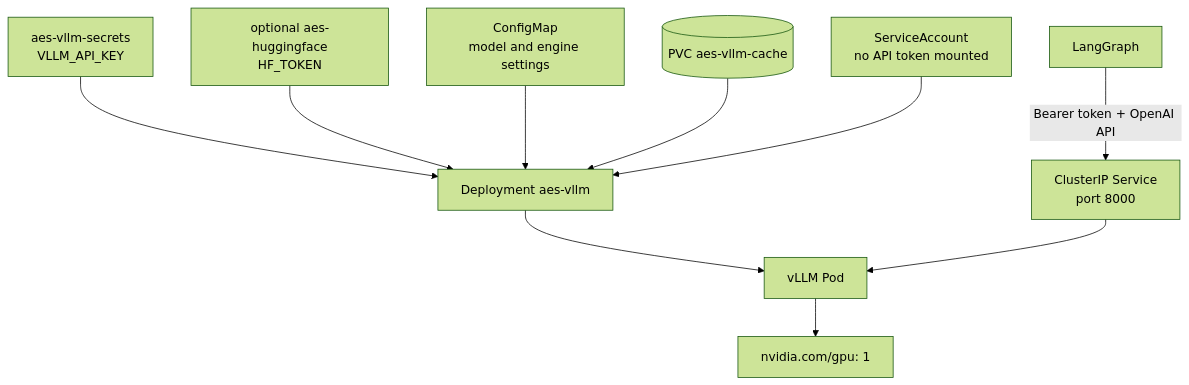
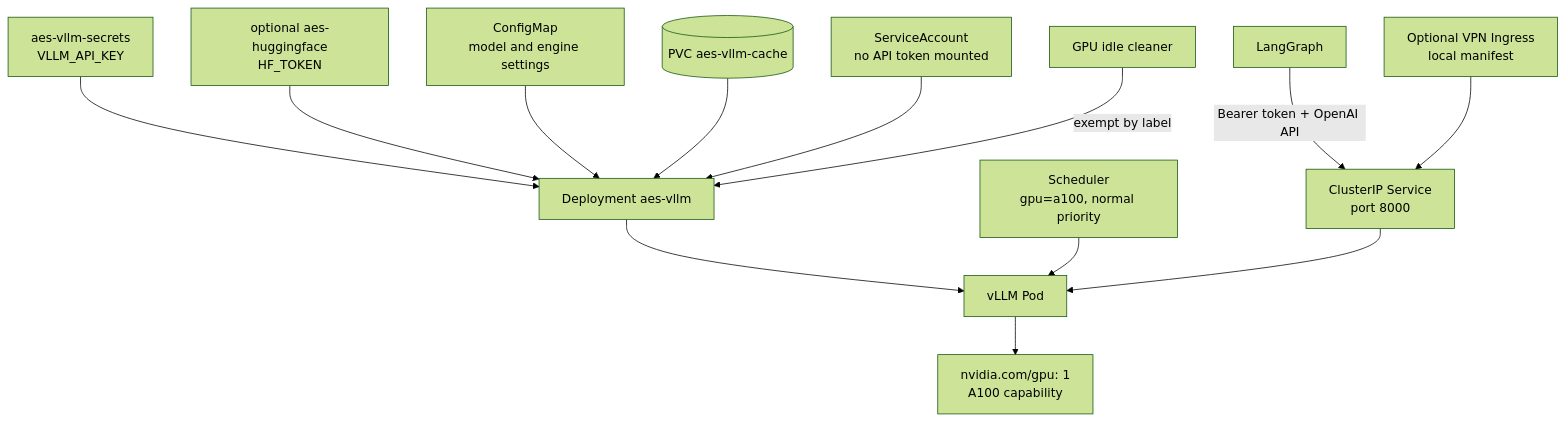
One commit to RadmirG/AES changed the second of 6 diagrams in vllm/architecture.md. Above: the diagram before and after it, drawn with Mermaid (forest theme). The commit also changed other lines of this file and 7 other files, not shown here.

````diff
--- a/vllm/architecture.md
+++ b/vllm/architecture.md
@@ -35,12 +36,15 @@
 ```mermaid
 flowchart TD
     secret["aes-vllm-secrets<br/>VLLM_API_KEY"] --> deployment["Deployment aes-vllm"]
     hfsecret["optional aes-huggingface<br/>HF_TOKEN"] --> deployment
     config["ConfigMap<br/>model and engine settings"] --> deployment
     pvc[("PVC aes-vllm-cache")] --> deployment
     account["ServiceAccount<br/>no API token mounted"] --> deployment
     deployment --> pod["vLLM Pod"]
-    pod --> gpu["nvidia.com/gpu: 1"]
+    cleaner["GPU idle cleaner"] -->|"exempt by label"| deployment
+    scheduler["Scheduler<br/>gpu=a100, normal priority"] --> pod
+    pod --> gpu["nvidia.com/gpu: 1<br/>A100 capability"]
     service["ClusterIP Service<br/>port 8000"] --> pod
     langgraph["LangGraph"] -->|"Bearer token + OpenAI API"| service
+    ingress["Optional VPN Ingress<br/>local manifest"] --> service
 ```
````
